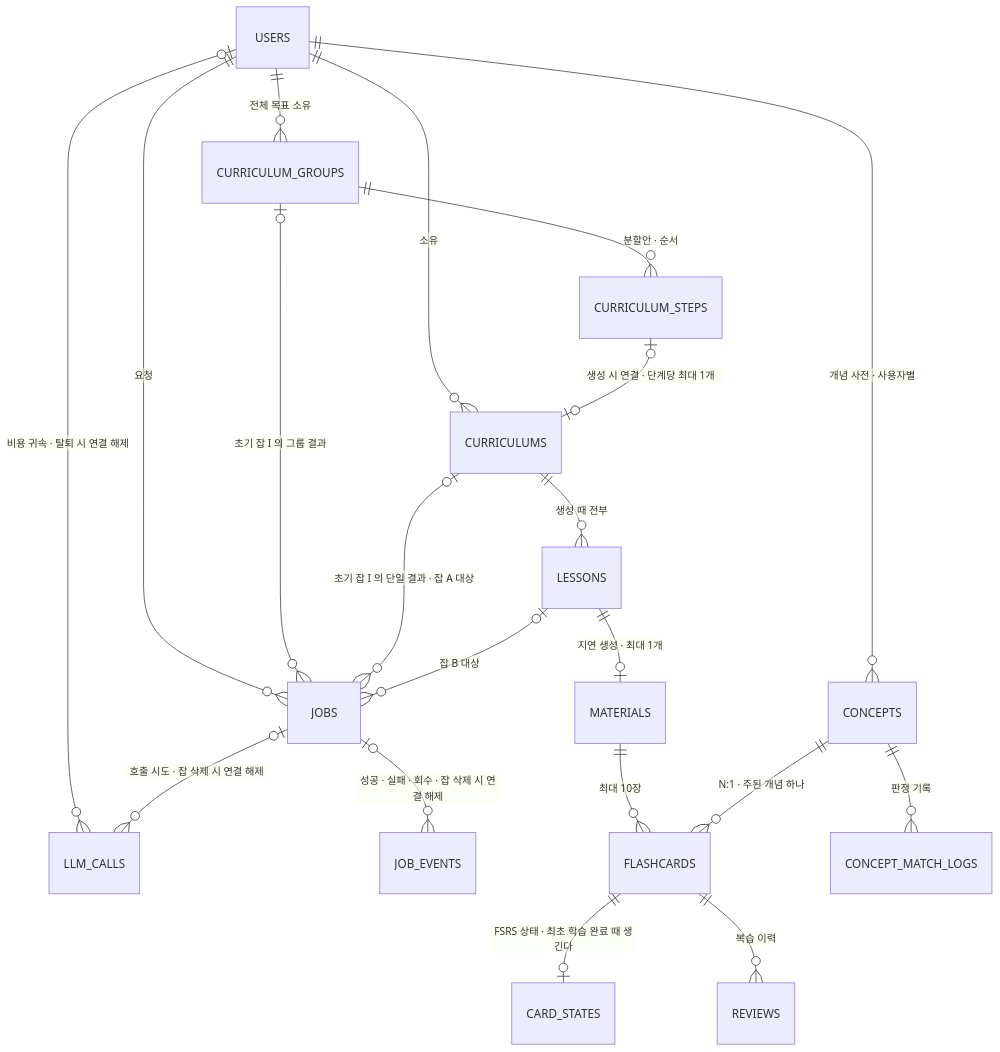
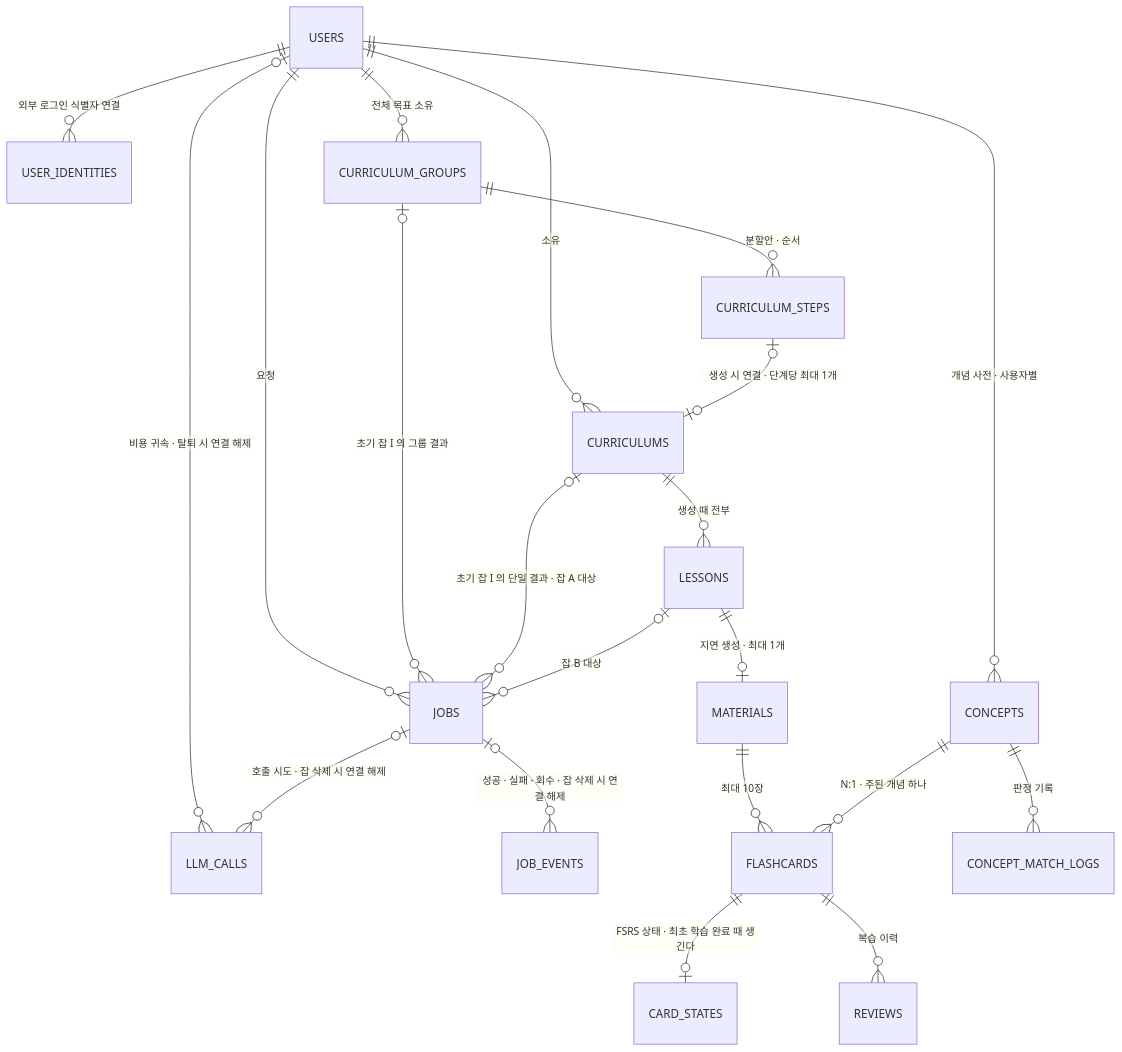
Before and after one commit to f-lab-edu/Mogum: the first of 4 diagrams in docs/02-domain-data.md, drawn with Mermaid. The commit also changed other lines of this file and 49 other files, not shown here.

First line of the commit message:
refactor(account): separate users from external login identities

````diff
--- a/docs/02-domain-data.md
+++ b/docs/02-domain-data.md
@@ -10,22 +10,23 @@
 ```mermaid
 erDiagram
+    USERS             ||--o{ USER_IDENTITIES    : "외부 로그인 식별자 연결"
     USERS             ||--o{ CURRICULUMS        : "소유"
     USERS             ||--o{ CURRICULUM_GROUPS  : "전체 목표 소유"
     CURRICULUM_GROUPS ||--o{ CURRICULUM_STEPS   : "분할안 · 순서"
     CURRICULUM_STEPS  |o--o| CURRICULUMS        : "생성 시 연결 · 단계당 최대 1개"
     USERS             ||--o{ JOBS               : "요청"
     CURRICULUM_GROUPS |o--o{ JOBS               : "초기 잡 I 의 그룹 결과"
     CURRICULUMS       |o--o{ JOBS               : "초기 잡 I 의 단일 결과 · 잡 A 대상"
     LESSONS           |o--o{ JOBS               : "잡 B 대상"
     USERS             ||--o{ CONCEPTS           : "개념 사전 · 사용자별"
     USERS             |o--o{ LLM_CALLS          : "비용 귀속 · 탈퇴 시 연결 해제"
     JOBS              |o--o{ LLM_CALLS          : "호출 시도 · 잡 삭제 시 연결 해제"
     JOBS              |o--o{ JOB_EVENTS         : "성공 · 실패 · 회수 · 잡 삭제 시 연결 해제"
     CURRICULUMS       ||--o{ LESSONS            : "생성 때 전부"
     LESSONS           ||--o| MATERIALS          : "지연 생성 · 최대 1개"
     MATERIALS         ||--o{ FLASHCARDS         : "최대 10장"
     FLASHCARDS        ||--o| CARD_STATES        : "FSRS 상태 · 최초 학습 완료 때 생긴다"
     FLASHCARDS        ||--o{ REVIEWS            : "복습 이력"
     CONCEPTS          ||--o{ FLASHCARDS         : "N:1 · 주된 개념 하나"
     CONCEPTS          ||--o{ CONCEPT_MATCH_LOGS : "판정 기록"
 ```
````
